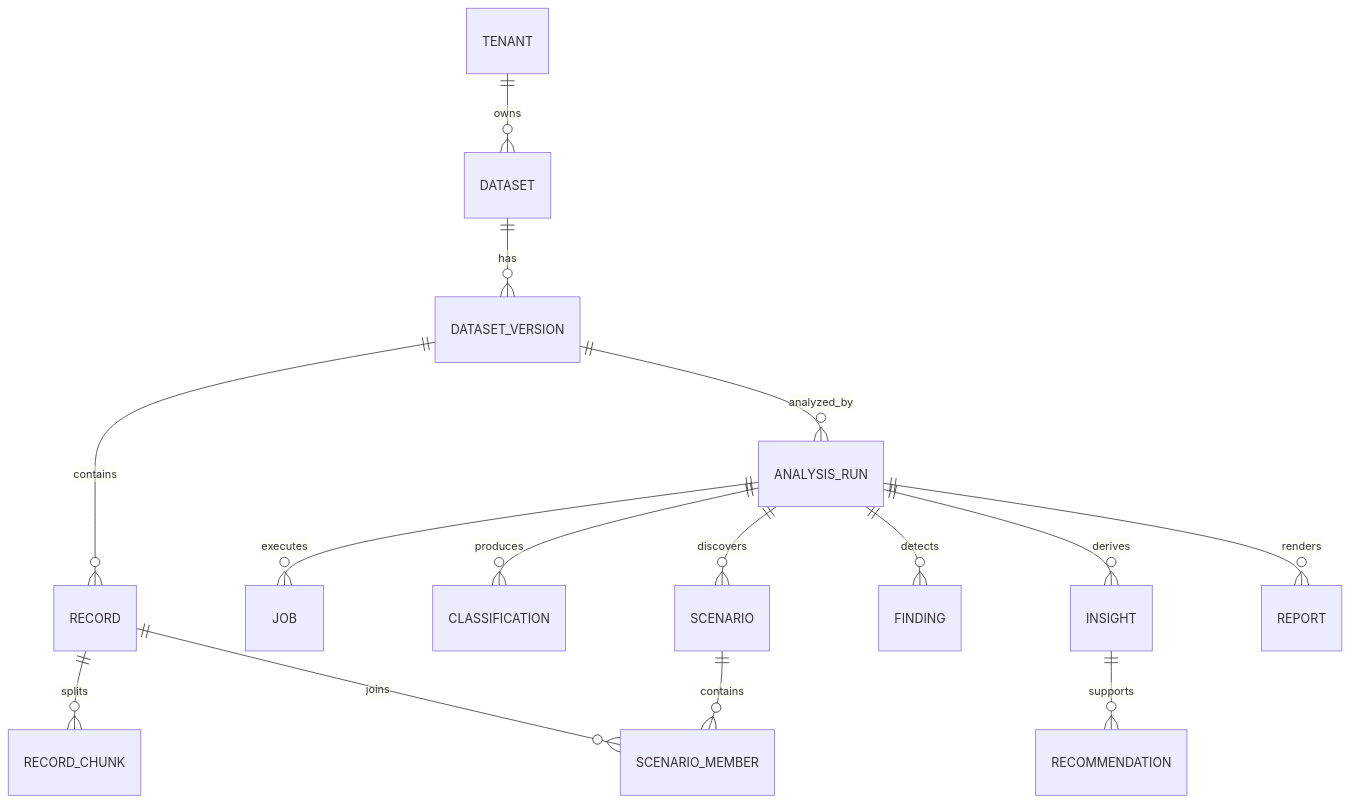
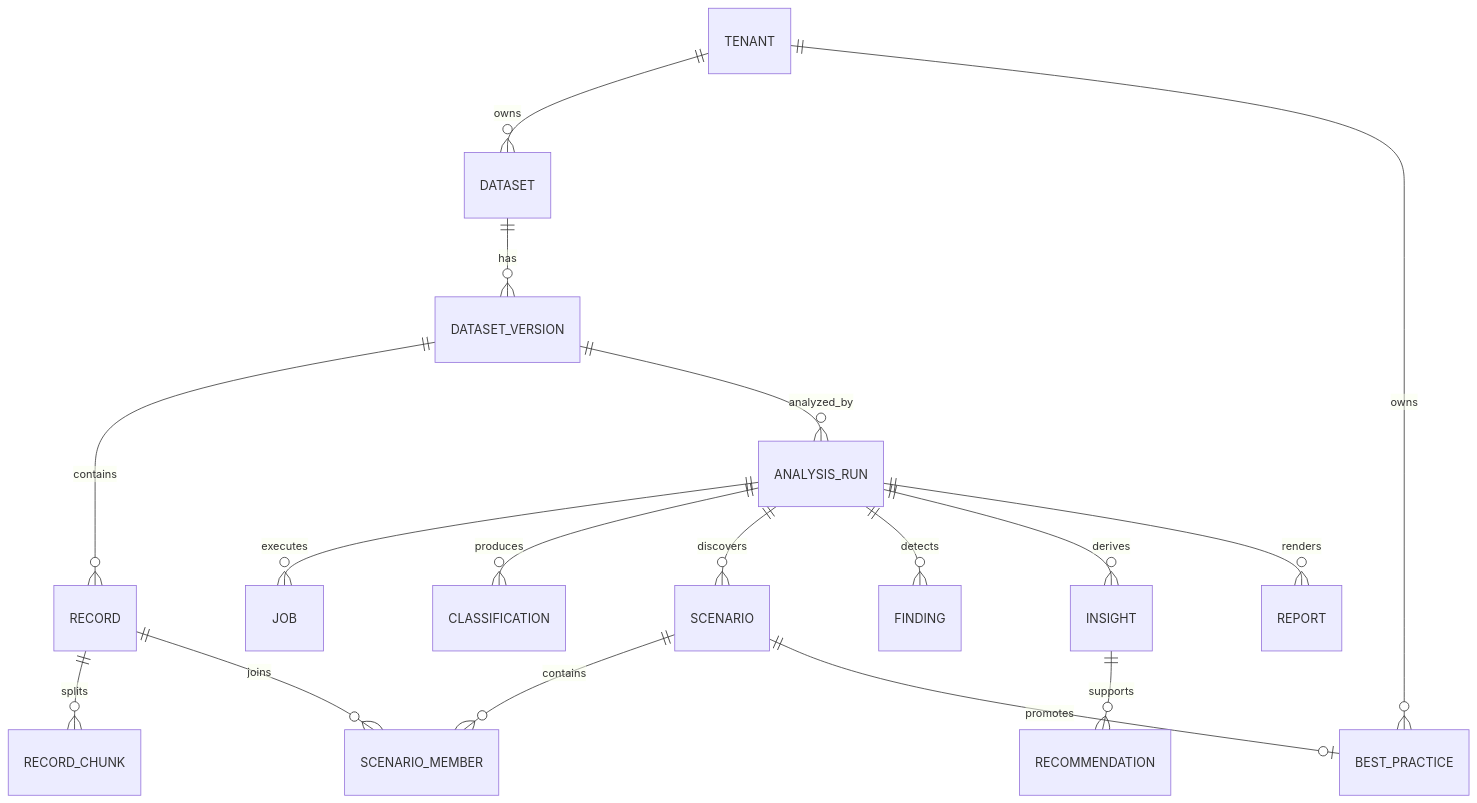
Before and after one commit to Pobedych/Arvexo-Radar: the diagram in docs/14-database.md, drawn with Mermaid. The commit also changed other lines of this file and 64 other files, not shown here.

````diff
--- a/docs/14-database.md
+++ b/docs/14-database.md
@@ -17,17 +17,19 @@
 ```mermaid
 erDiagram
     TENANT ||--o{ DATASET : owns
     DATASET ||--o{ DATASET_VERSION : has
     DATASET_VERSION ||--o{ RECORD : contains
     RECORD ||--o{ RECORD_CHUNK : splits
     DATASET_VERSION ||--o{ ANALYSIS_RUN : analyzed_by
     ANALYSIS_RUN ||--o{ JOB : executes
     ANALYSIS_RUN ||--o{ CLASSIFICATION : produces
     ANALYSIS_RUN ||--o{ SCENARIO : discovers
     SCENARIO ||--o{ SCENARIO_MEMBER : contains
     RECORD ||--o{ SCENARIO_MEMBER : joins
     ANALYSIS_RUN ||--o{ FINDING : detects
     ANALYSIS_RUN ||--o{ INSIGHT : derives
     INSIGHT ||--o{ RECOMMENDATION : supports
     ANALYSIS_RUN ||--o{ REPORT : renders
+    TENANT ||--o{ BEST_PRACTICE : owns
+    SCENARIO ||--o| BEST_PRACTICE : promotes
 ```
````
